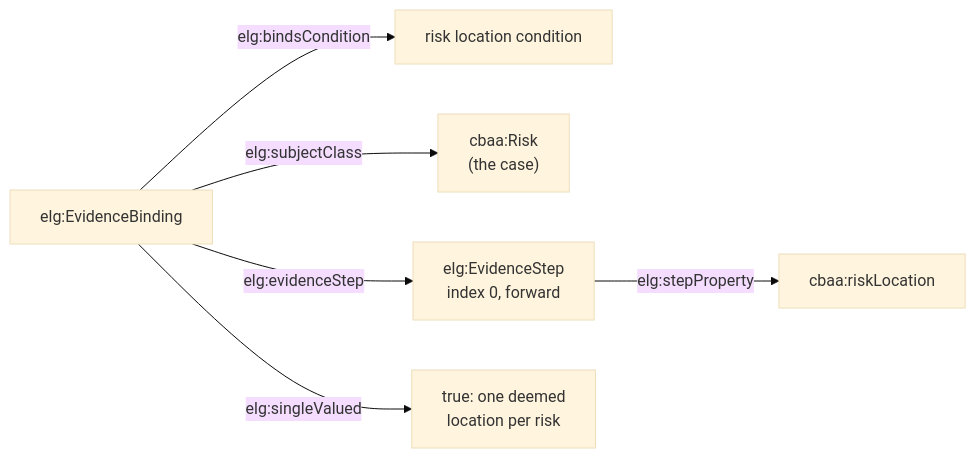
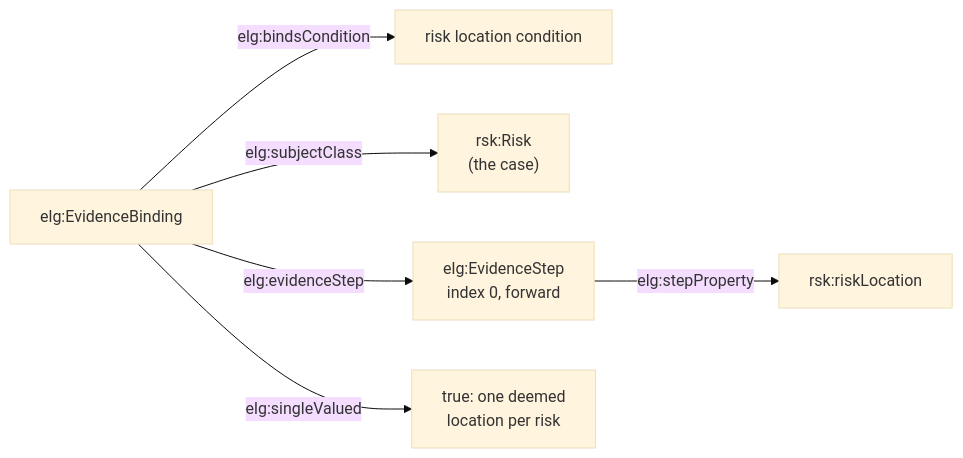
One commit to nebularis/open-cbaa changed diagram 23 of 52 in docs/architecture.md. Above: the diagram before and after it, drawn with Mermaid (base theme). The commit also changed other lines of this file and 44 other files, not shown here.

````diff
--- a/docs/architecture.md
+++ b/docs/architecture.md
@@ -498,8 +506,8 @@
 ```mermaid
 flowchart LR
     EB["elg:EvidenceBinding"] -->|"elg:bindsCondition"| C2["risk location condition"]
-    EB -->|"elg:subjectClass"| RK["cbaa:Risk<br/>(the case)"]
+    EB -->|"elg:subjectClass"| RK["rsk:Risk<br/>(the case)"]
     EB -->|"elg:evidenceStep"| ST["elg:EvidenceStep<br/>index 0, forward"]
-    ST -->|"elg:stepProperty"| RL["cbaa:riskLocation"]
+    ST -->|"elg:stepProperty"| RL["rsk:riskLocation"]
     EB -->|"elg:singleValued"| TRUE["true: one deemed<br/>location per risk"]
 ```
````
